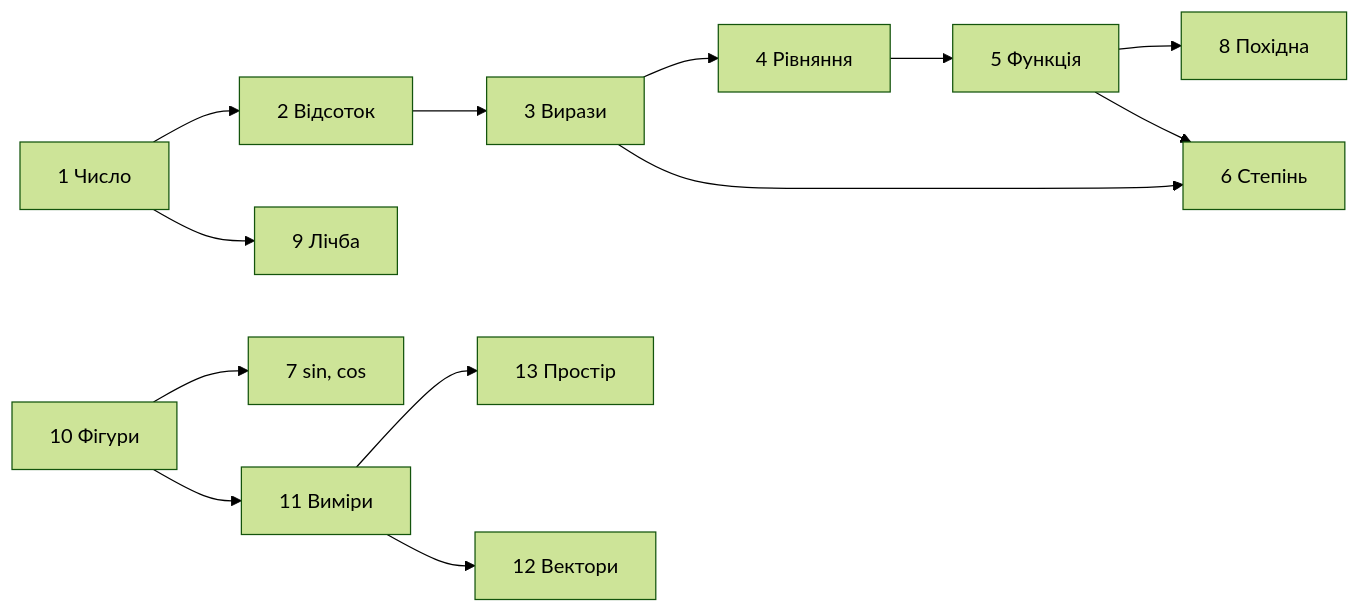
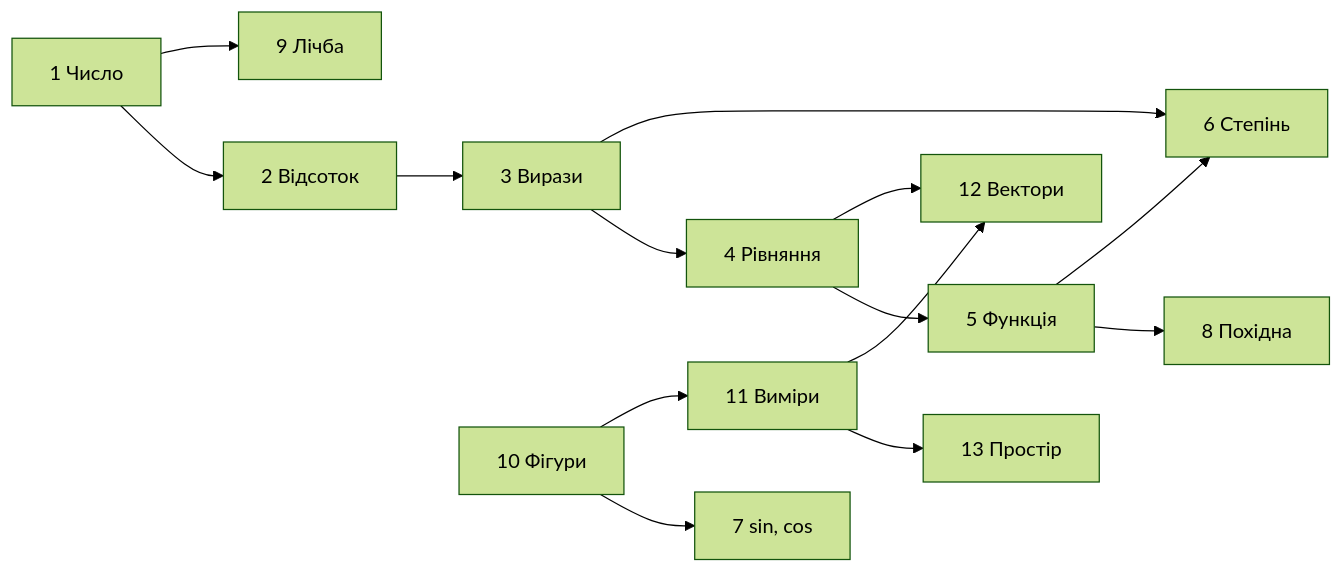
The diagram in diagrams/navigator-links.mmd (y-kolyada/nmt-math), drawn with Mermaid (forest theme) before and after one commit. The commit also changed 5 other files, not shown here.

First line of the commit message:
fix(figures): figure 31 in three columns, arrows fit between the boxes

```diff
--- a/diagrams/navigator-links.mmd
+++ b/diagrams/navigator-links.mmd
@@ -1,9 +1,10 @@
 %% Navigator, lens "links": how the thirteen blocks grow from each other (lessons/map.md §5).
 flowchart LR
   B1[1 Число] --> B2[2 Відсоток] --> B3[3 Вирази] --> B4[4 Рівняння] --> B5[5 Функція] --> B8[8 Похідна]
   B3 --> B6[6 Степінь]
   B5 --> B6
   B1 --> B9[9 Лічба]
   B10[10 Фігури] --> B7[7 sin, cos]
   B10 --> B11[11 Виміри] --> B13[13 Простір]
   B11 --> B12[12 Вектори]
+  B4 --> B12
```
